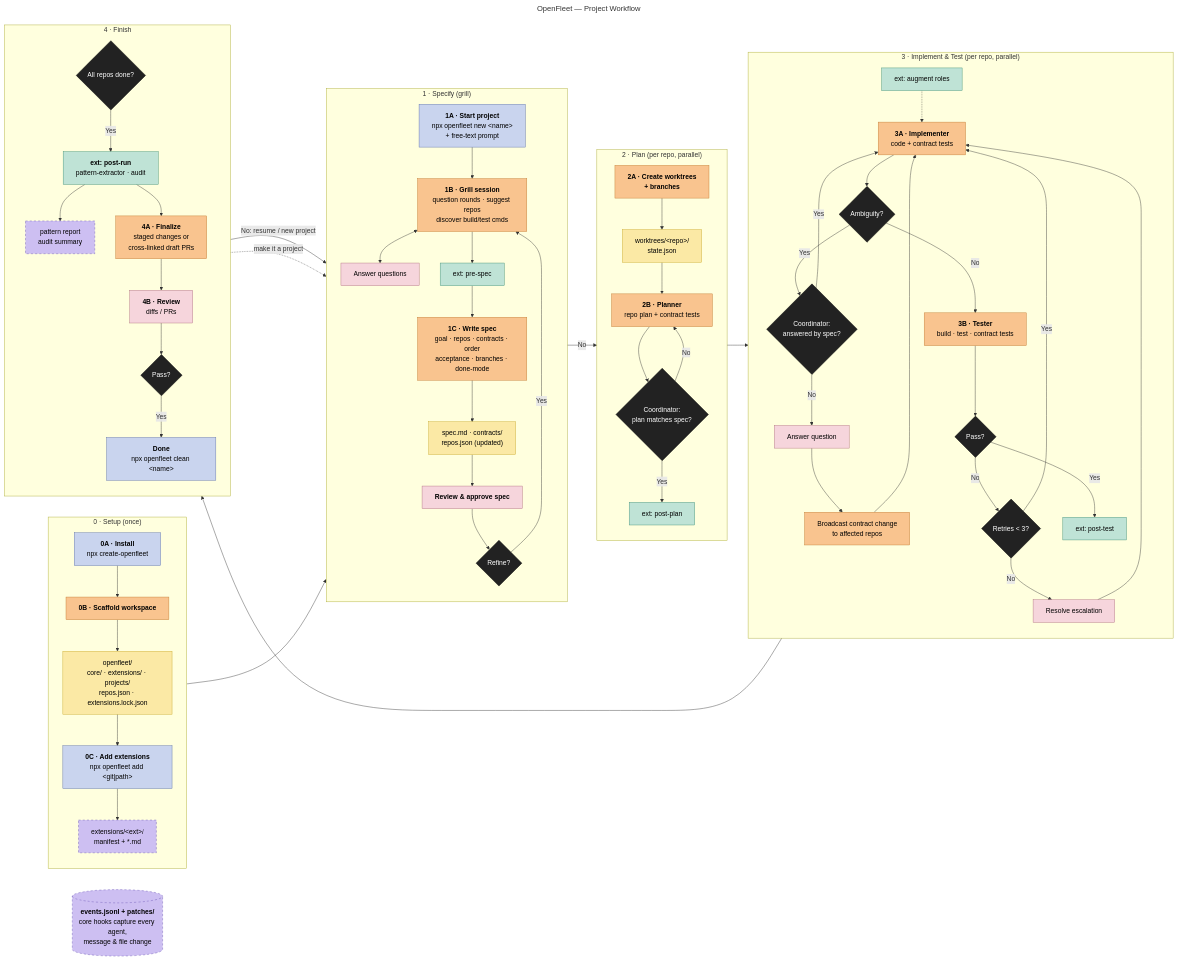
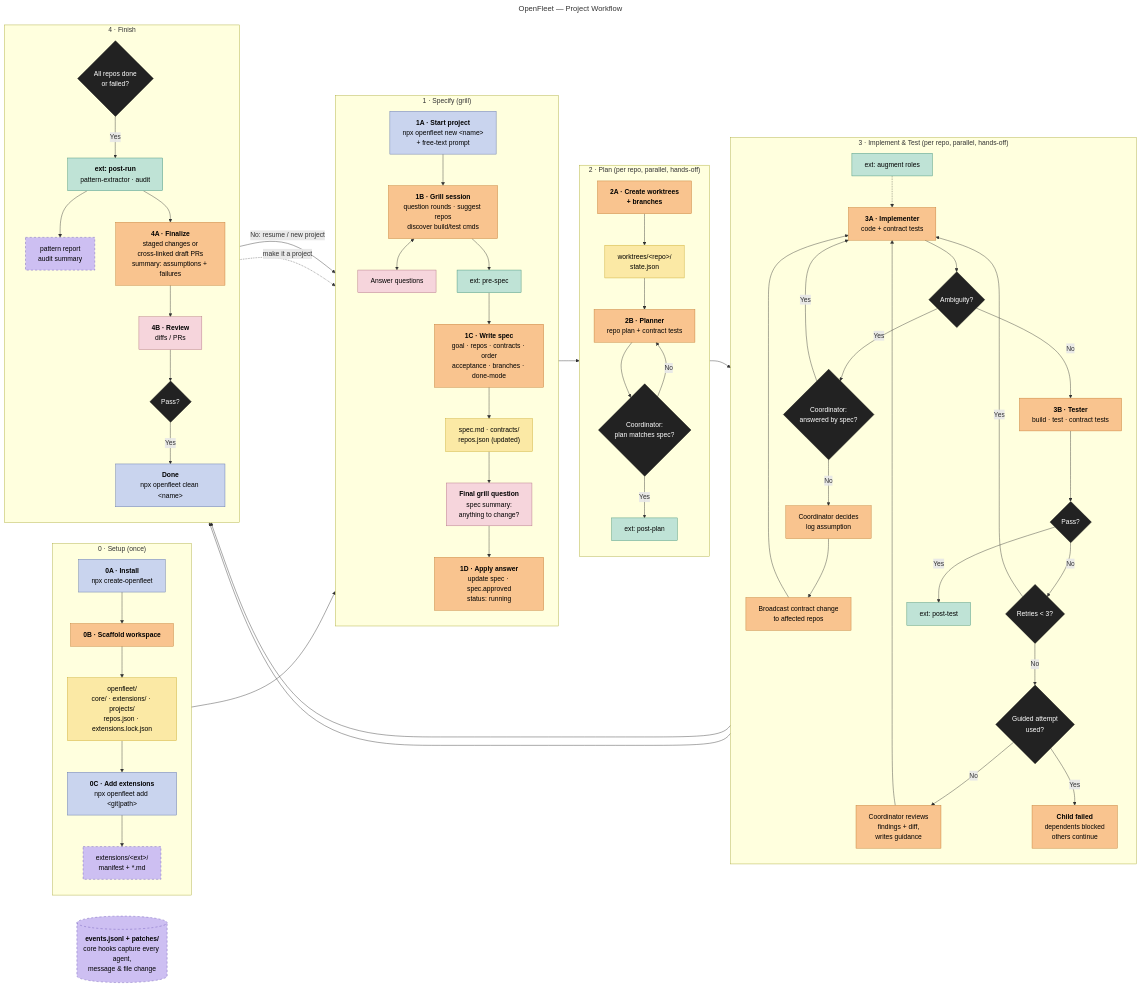
Before and after one commit to yashicon21/openfleet: the diagram in docs/flow.mmd, drawn with Mermaid. The commit also changed 72 other files, not shown here.

```diff
--- a/docs/flow.mmd
+++ b/docs/flow.mmd
@@ -1,104 +1,108 @@
 ---
 title: OpenFleet — Project Workflow
 ---
 flowchart LR
   subgraph S0["0 · Setup (once)"]
     direction TB
     H0["<b>0A · Install</b><br/>npx create-openfleet"]
     C0["<b>0B · Scaffold workspace</b>"]
     F0["openfleet/<br/>core/ · extensions/ · projects/<br/>repos.json · extensions.lock.json"]
     H0b["<b>0C · Add extensions</b><br/>npx openfleet add &lt;git|path&gt;"]
     F0b["extensions/&lt;ext&gt;/<br/>manifest + *.md"]
     H0 --> C0 --> F0 --> H0b --> F0b
   end
 
   subgraph S1["1 · Specify (grill)"]
     direction TB
     H1["<b>1A · Start project</b><br/>npx openfleet new &lt;name&gt;<br/>+ free-text prompt"]
     C1["<b>1B · Grill session</b><br/>question rounds · suggest repos<br/>discover build/test cmds"]
     HA["Answer questions"]
     X0["ext: pre-spec"]
     C2["<b>1C · Write spec</b><br/>goal · repos · contracts · order<br/>acceptance · branches · done-mode"]
     F1["spec.md · contracts/<br/>repos.json (updated)"]
-    HR["<b>Review & approve spec</b>"]
-    DR{"Refine?"}
+    HR["<b>Final grill question</b><br/>spec summary:<br/>anything to change?"]
+    CA["<b>1D · Apply answer</b><br/>update spec · spec.approved<br/>status: running"]
     H1 --> C1
     C1 <--> HA
-    C1 --> X0 --> C2 --> F1 --> HR --> DR
-    DR -- Yes --> C1
+    C1 --> X0 --> C2 --> F1 --> HR --> CA
   end
 
-  subgraph S2["2 · Plan (per repo, parallel)"]
+  subgraph S2["2 · Plan (per repo, parallel, hands-off)"]
     direction TB
     C3["<b>2A · Create worktrees<br/>+ branches</b>"]
     F2["worktrees/&lt;repo&gt;/<br/>state.json"]
     P["<b>2B · Planner</b><br/>repo plan + contract tests"]
     DV{"Coordinator:<br/>plan matches spec?"}
     X1["ext: post-plan"]
     C3 --> F2 --> P --> DV
     DV -- No --> P
     DV -- Yes --> X1
   end
 
-  subgraph S3["3 · Implement & Test (per repo, parallel)"]
+  subgraph S3["3 · Implement & Test (per repo, parallel, hands-off)"]
     direction TB
     XA["ext: augment roles"]
     I["<b>3A · Implementer</b><br/>code + contract tests"]
     DQ{"Ambiguity?"}
     CQ{"Coordinator:<br/>answered by spec?"}
-    HQ["Answer question"]
+    CD["Coordinator decides<br/>log assumption"]
     CB["Broadcast contract change<br/>to affected repos"]
     T["<b>3B · Tester</b><br/>build · test · contract tests"]
     DT{"Pass?"}
     DN{"Retries &lt; 3?"}
-    HE["Resolve escalation"]
+    DG{"Guided attempt<br/>used?"}
+    CG["Coordinator reviews<br/>findings + diff,<br/>writes guidance"]
+    CF["<b>Child failed</b><br/>dependents blocked<br/>others continue"]
     X2["ext: post-test"]
     XA -.-> I
     I --> DQ
     DQ -- Yes --> CQ
     CQ -- Yes --> I
-    CQ -- No --> HQ --> CB --> I
+    CQ -- No --> CD --> CB --> I
     DQ -- No --> T --> DT
     DT -- No --> DN
     DN -- Yes --> I
-    DN -- No --> HE --> I
+    DN -- No --> DG
+    DG -- No --> CG --> I
+    DG -- Yes --> CF
     DT -- Yes --> X2
   end
 
   subgraph S4["4 · Finish"]
     direction TB
-    DA{"All repos done?"}
+    DA{"All repos done<br/>or failed?"}
     X3["<b>ext: post-run</b><br/>pattern-extractor · audit"]
     FX["pattern report<br/>audit summary"]
-    C5["<b>4A · Finalize</b><br/>staged changes or<br/>cross-linked draft PRs"]
+    C5["<b>4A · Finalize</b><br/>staged changes or<br/>cross-linked draft PRs<br/>summary: assumptions + failures"]
     HF["<b>4B · Review</b><br/>diffs / PRs"]
     DP{"Pass?"}
     HC["<b>Done</b><br/>npx openfleet clean &lt;name&gt;"]
     DA -- Yes --> X3 --> FX
     X3 --> C5 --> HF --> DP
     DP -- Yes --> HC
   end
 
   EV[("<b>events.jsonl + patches/</b><br/>core hooks capture every agent,<br/>message & file change")]
 
   F0b --> H1
-  DR -- No --> C3
+  CA --> C3
   X1 --> I
   X2 --> DA
+  CF --> DA
   DP -- "No: resume / new project" --> H1
   FX -. "make it a project" .-> H1
 
   classDef human fill:#c9d4ee,stroke:#5b6fa8,color:#000
   classDef loop fill:#f6d5dc,stroke:#b0707f,color:#000
   classDef ai fill:#f9c48f,stroke:#c07a30,color:#000
   classDef file fill:#fbe9a5,stroke:#c9a92c,color:#000
   classDef cond fill:#cdbff2,stroke:#6a55b5,stroke-dasharray:5 5,color:#000
   classDef ext fill:#bfe3d6,stroke:#3f8f75,color:#000
   classDef dec fill:#222,stroke:#000,color:#fff
   class H0,H0b,H1,HC human
-  class HA,HR,HQ,HE,HF loop
-  class C0,C1,C2,C3,CB,C5,P,I,T ai
+  class HA,HR,HF loop
+  class C0,C1,C2,CA,C3,CD,CB,CG,CF,C5,P,I,T ai
   class F0,F1,F2 file
   class F0b,FX,EV cond
   class X0,X1,XA,X2,X3 ext
-  class DR,DV,CQ,DA,DQ,DT,DN,DP dec
+  class DV,CQ,DA,DQ,DT,DN,DG,DP dec
```
